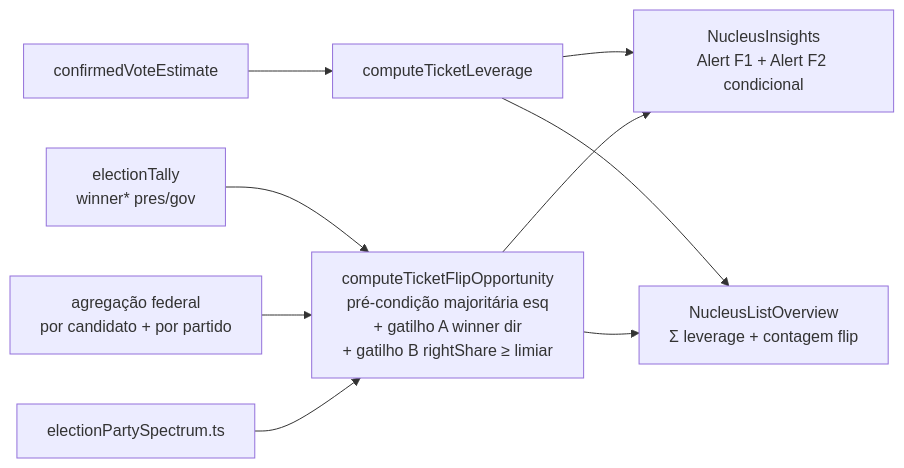
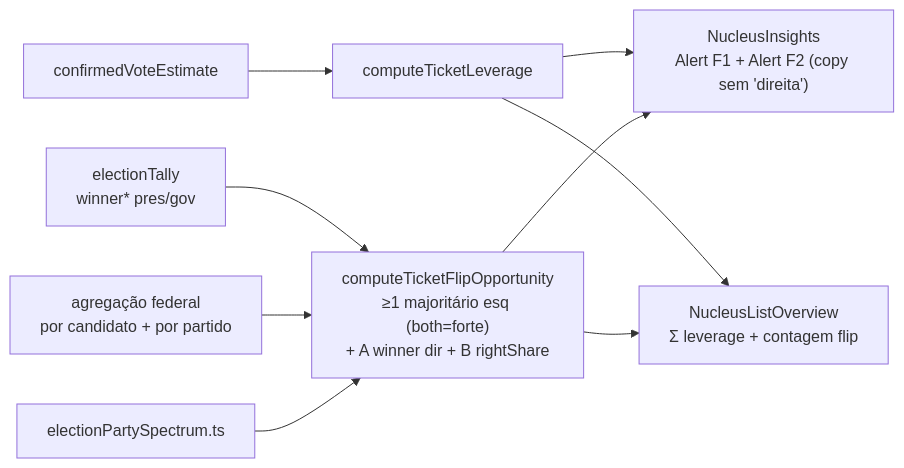
One commit to fsolla/teqo changed the diagram in docs/plans/insight-alavancagem-chapa.md. Above: the diagram before and after it, drawn with Mermaid. The commit also changed other lines of this file and 1 other file, not shown here.

````diff
--- a/docs/plans/insight-alavancagem-chapa.md
+++ b/docs/plans/insight-alavancagem-chapa.md
@@ -68,19 +81,19 @@
 ```mermaid
 flowchart LR
     Tally["electionTally<br/>winner* pres/gov"]
     FedAgg["agregação federal<br/>por candidato + por partido"]
     Spec["electionPartySpectrum.ts"]
     Est["confirmedVoteEstimate"]
     F1["computeTicketLeverage"]
-    F2["computeTicketFlipOpportunity<br/>pré-condição majoritária esq<br/>+ gatilho A winner dir<br/>+ gatilho B rightShare ≥ limiar"]
-    UI["NucleusInsights<br/>Alert F1 + Alert F2 condicional"]
+    F2["computeTicketFlipOpportunity<br/>≥1 majoritário esq (both=forte)<br/>+ A winner dir + B rightShare"]
+    UI["NucleusInsights<br/>Alert F1 + Alert F2 (copy sem 'direita')"]
     Overview["NucleusListOverview<br/>Σ leverage + contagem flip"]
     Tally --> F2
     FedAgg --> F2
     Spec --> F2
     Est --> F1
     F1 --> UI
     F2 --> UI
     F1 --> Overview
     F2 --> Overview
 ```
````
